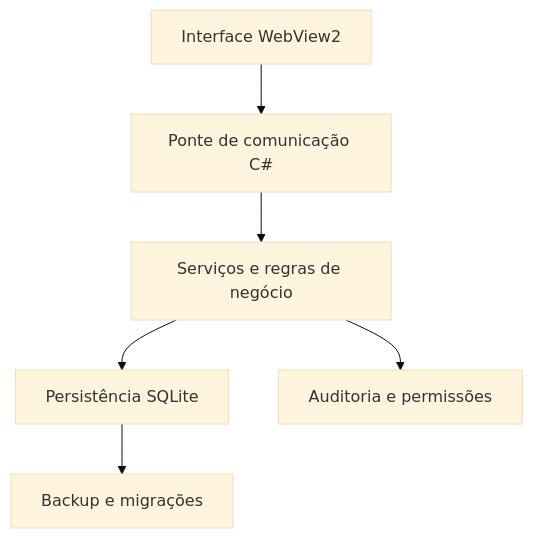
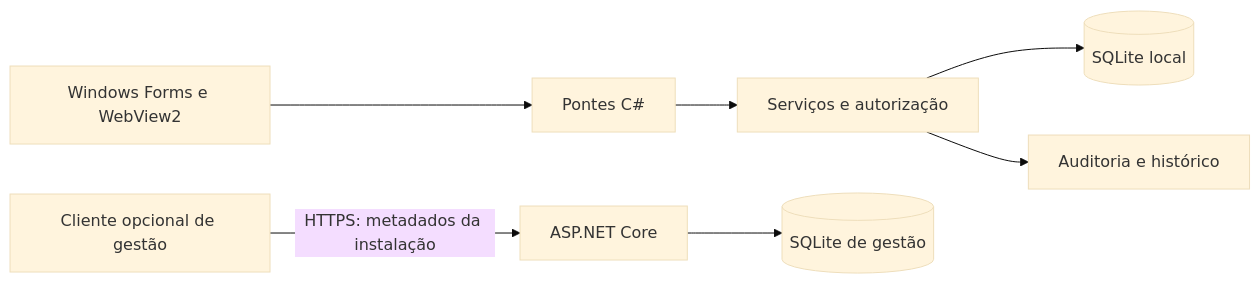
One commit to gabryelle-lima/CaixaLume changed the diagram in README.md. Above: the diagram before and after it, drawn with Mermaid (base theme). The commit also changed other lines of this file and 18 other files, not shown here.

````diff
--- a/README.md
+++ b/README.md
@@ -21,8 +24,9 @@
 ```mermaid
-flowchart TD
-    A[Interface WebView2] --> B[Ponte de comunicação C#]
-    B --> C[Serviços e regras de negócio]
-    C --> D[Persistência SQLite]
-    C --> E[Auditoria e permissões]
-    D --> F[Backup e migrações]
+flowchart LR
+    UI[Windows Forms e WebView2] --> Bridge[Pontes C#]
+    Bridge --> Services[Serviços e autorização]
+    Services --> DB[(SQLite local)]
+    Services --> Audit[Auditoria e histórico]
+    Client[Cliente opcional de gestão] -->|HTTPS: metadados da instalação| Server[ASP.NET Core]
+    Server --> Registry[(SQLite de gestão)]
 ```
````
